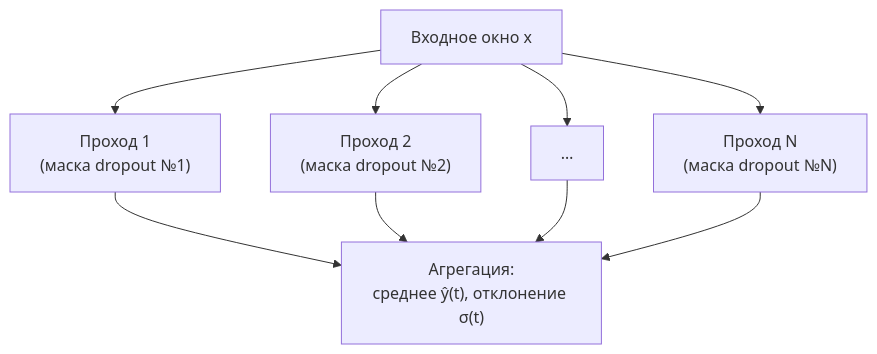
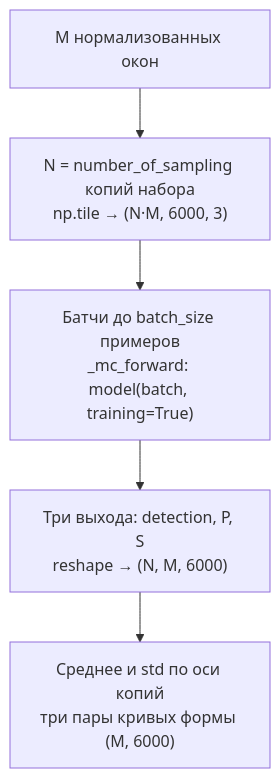
The fourth of 15 diagrams in docs/complete-doc.md (ruhose73/FastEQT), drawn with Mermaid before and after one commit. The commit also changed other lines of this file and 1 other file, not shown here.

````diff
--- a/docs/complete-doc.md
+++ b/docs/complete-doc.md
@@ -141,11 +289,7 @@
 ```mermaid
 flowchart TD
-    X["Входное окно x"] --> P1["Проход 1<br/>(маска dropout №1)"]
-    X --> P2["Проход 2<br/>(маска dropout №2)"]
-    X --> P3["…"]
-    X --> PN["Проход N<br/>(маска dropout №N)"]
-    P1 --> Agg["Агрегация:<br/>среднее ŷ(t), отклонение σ(t)"]
-    P2 --> Agg
-    P3 --> Agg
-    PN --> Agg
+    X["M нормализованных окон"] --> T["N = number_of_sampling копий набора<br/>np.tile → (N·M, 6000, 3)"]
+    T --> B["Батчи до batch_size примеров<br/>_mc_forward: model(batch, training=True)"]
+    B --> R["Три выхода: detection, P, S<br/>reshape → (N, M, 6000)"]
+    R --> Agg["Среднее и std по оси копий<br/>три пары кривых формы (M, 6000)"]
 ```
````
